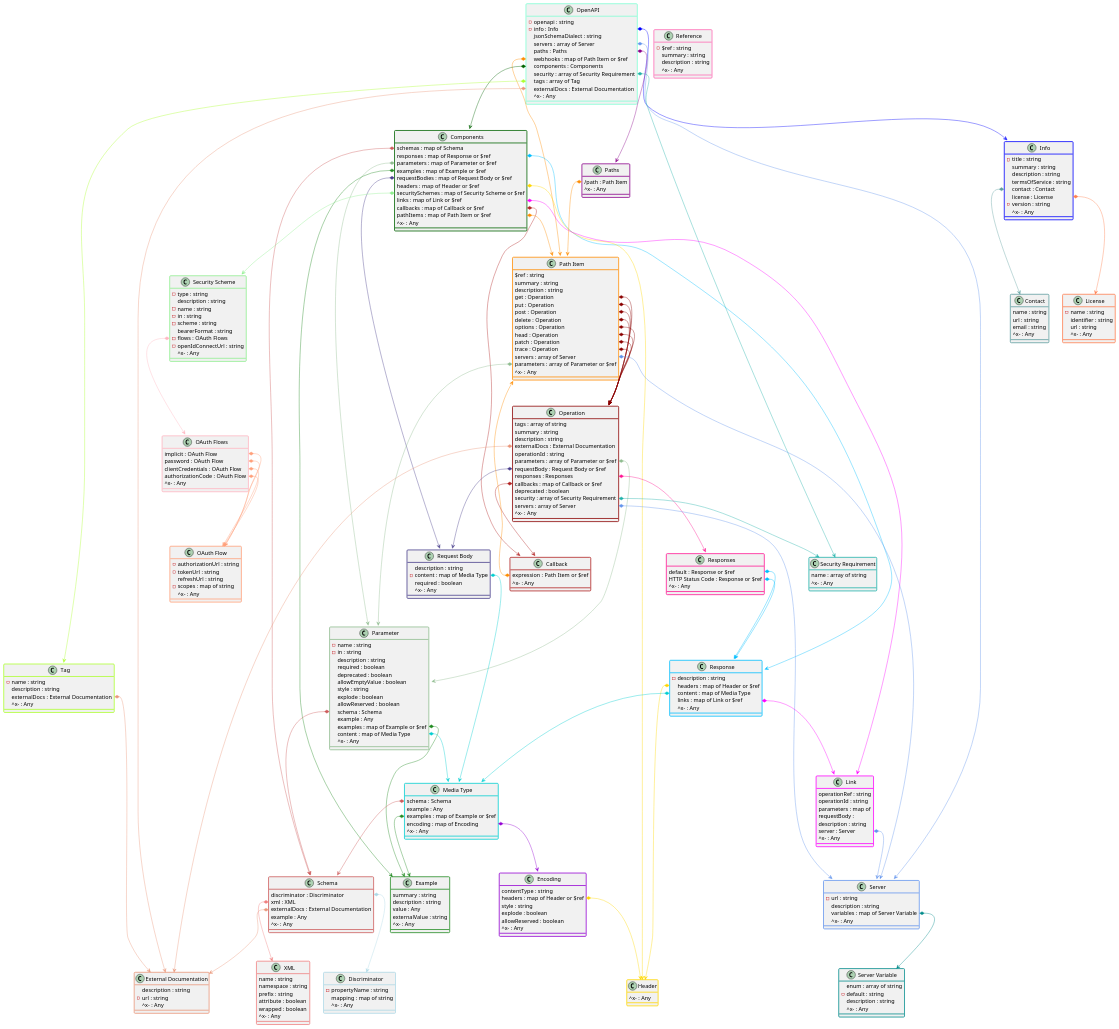
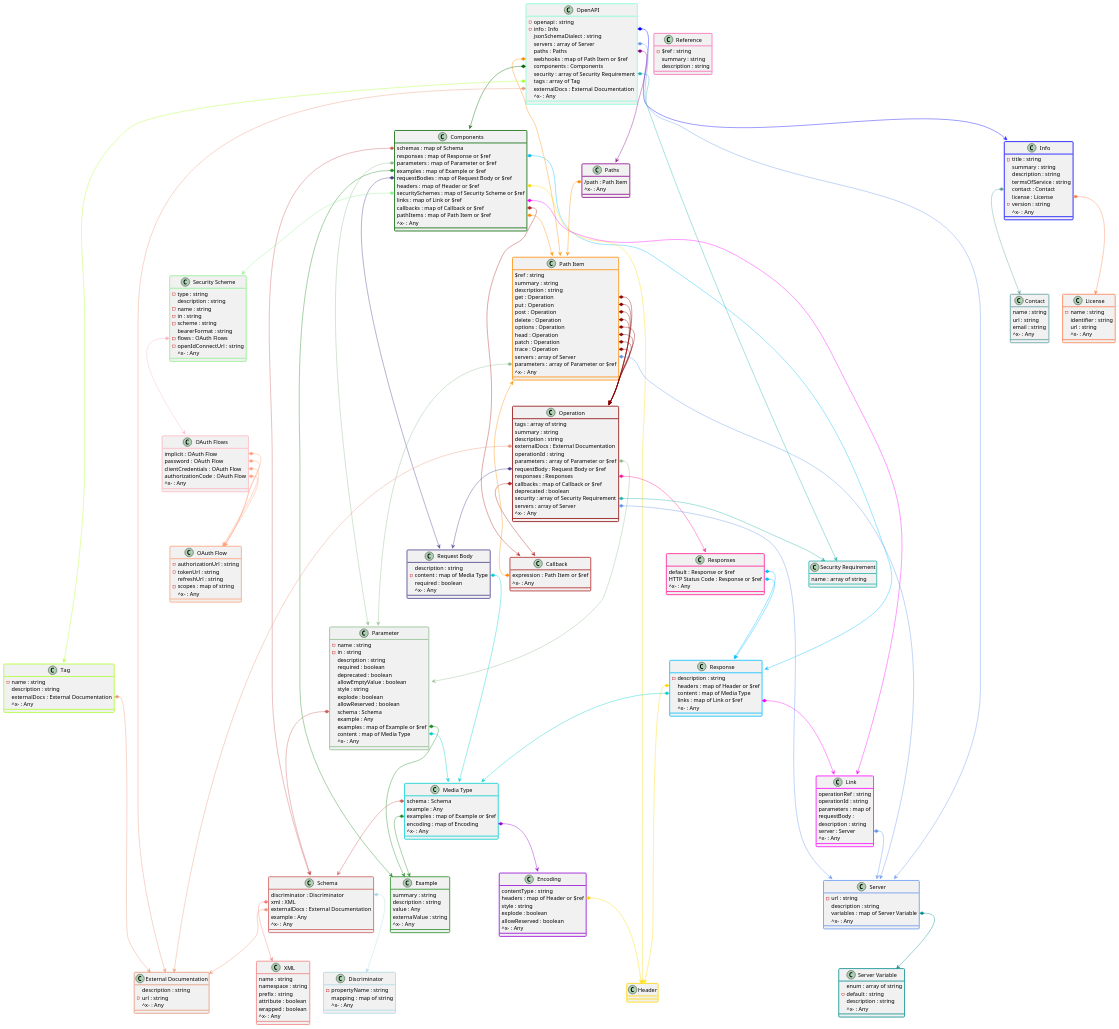
One commit to arno-di-loreto/api-specifications-documentation-as-data changed the diagram in specifications-data/3.1.0.puml. Above: the diagram before and after it, drawn with PlantUML. The commit also changed 37 other files, not shown here.

```diff
--- a/specifications-data/3.1.0.puml
+++ b/specifications-data/3.1.0.puml
@@ -243,7 +243,6 @@
 "Link::server"*-->"Server" #CornflowerBlue
 
 class "Header" #line:Gold;line.bold {
-  ^x- : Any
 }
 
 class "Tag" #line:GreenYellow;line.bold {
@@ -258,7 +257,6 @@
   -$ref : string
   summary : string
   description : string
-  ^x- : Any
 }
 
 class "Schema" #line:IndianRed;line.bold {
@@ -322,7 +320,6 @@
 
 class "Security Requirement" #line:LightSeaGreen;line.bold {
   name : array of string
-  ^x- : Any
 }
 
 @enduml
```
